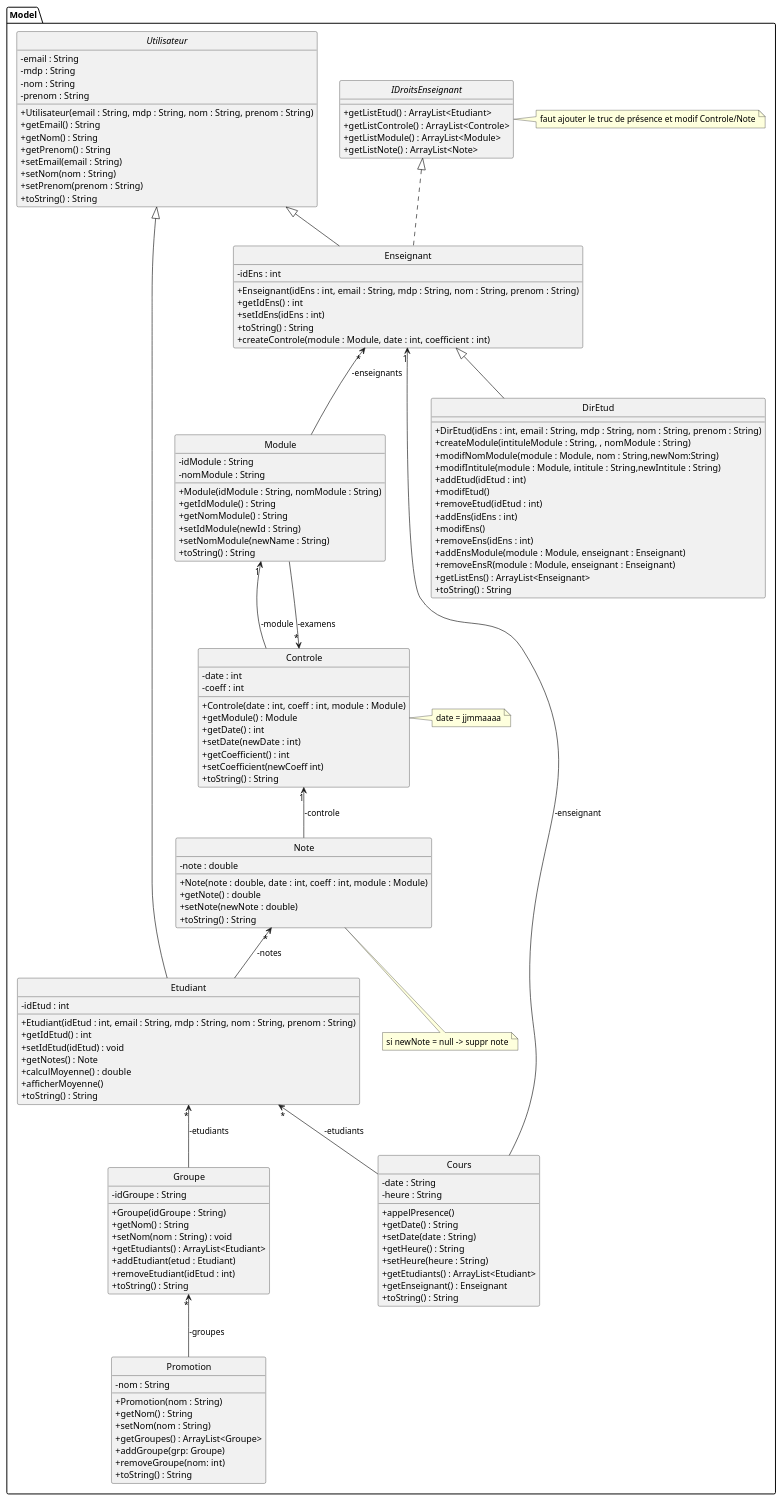
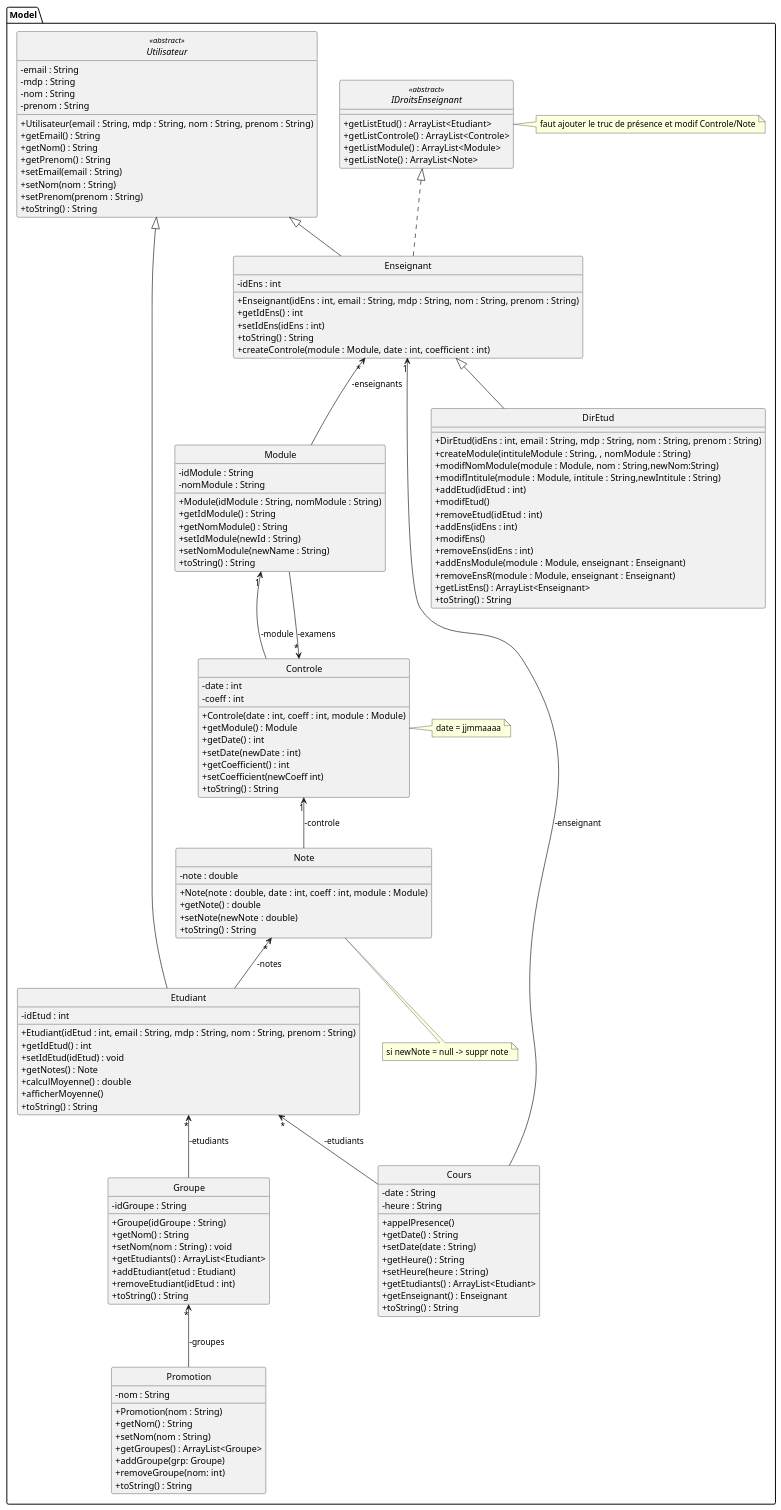
One commit to Lohasta/Kallax changed the diagram in s201_UML.md. Above: the diagram before and after it, drawn with PlantUML.

Commit message:
miam chevrons

```diff
--- a/s201_UML.md
+++ b/s201_UML.md
@@ -5,7 +5,7 @@
 package Model{
 
 
-abstract class Utilisateur{
+abstract class Utilisateur <<abstract>>{
 -email : String
 -mdp : String
 -nom : String
@@ -20,7 +20,7 @@
 +toString() : String
 }
 
-interface IDroitsEnseignant{
+interface IDroitsEnseignant <<abstract>>{
 +getListEtud() : ArrayList<Etudiant>
 +getListControle() : ArrayList<Controle>
 +getListModule() : ArrayList<Module>
```
